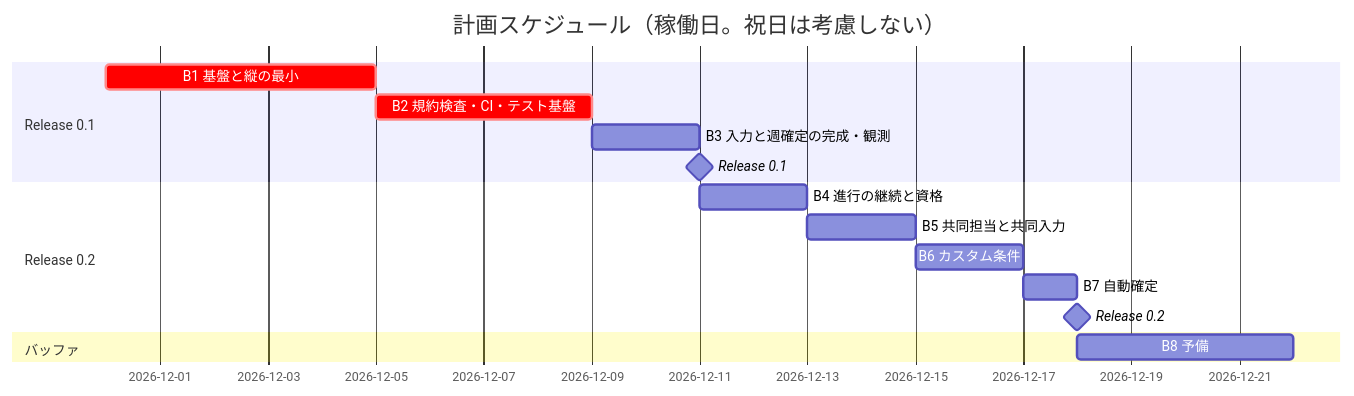
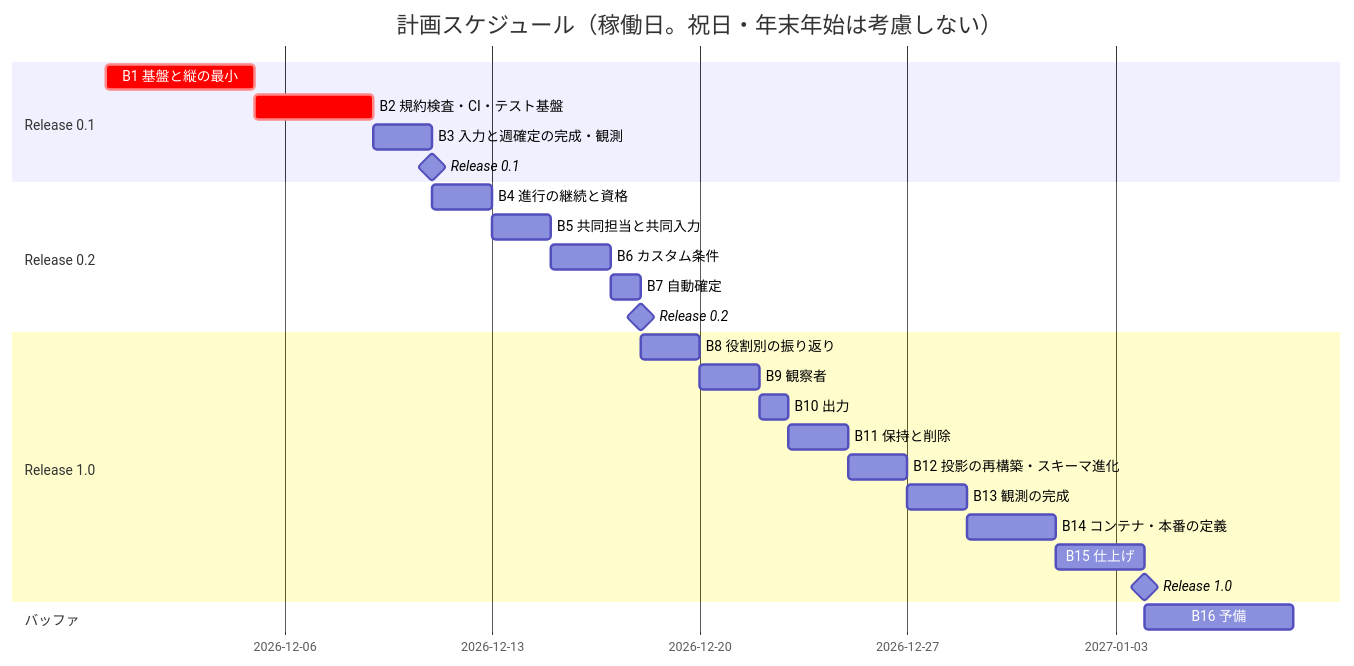
Before and after one commit to k2works/case-study-beer-game-simulation: the diagram in docs/development/beer-game-scala/release_plan.md, drawn with Mermaid. The commit also changed other lines of this file and 4 other files, not shown here.

````diff
--- a/docs/development/beer-game-scala/release_plan.md
+++ b/docs/development/beer-game-scala/release_plan.md
@@ -149,18 +170,28 @@
 ```mermaid
 gantt
-    title 計画スケジュール（稼働日。祝日は考慮しない）
+    title 計画スケジュール（稼働日。祝日・年末年始は考慮しない）
     dateFormat  YYYY-MM-DD
     section Release 0.1
     B1 基盤と縦の最小           :crit, b1, 2026-11-30, 5d
     B2 規約検査・CI・テスト基盤  :crit, b2, after b1, 4d
     B3 入力と週確定の完成・観測  :b3, after b2, 2d
     Release 0.1                :milestone, m1, after b3, 0d
     section Release 0.2
     B4 進行の継続と資格         :b4, after b3, 2d
     B5 共同担当と共同入力       :b5, after b4, 2d
     B6 カスタム条件             :b6, after b5, 2d
     B7 自動確定                 :b7, after b6, 1d
     Release 0.2                :milestone, m2, after b7, 0d
+    section Release 1.0
+    B8 役割別の振り返り         :b8, after b7, 2d
+    B9 観察者                   :b9, after b8, 2d
+    B10 出力                    :b10, after b9, 1d
+    B11 保持と削除              :b11, after b10, 2d
+    B12 投影の再構築・スキーマ進化 :b12, after b11, 2d
+    B13 観測の完成              :b13, after b12, 2d
+    B14 コンテナ・本番の定義    :b14, after b13, 3d
+    B15 仕上げ                  :b15, after b14, 3d
+    Release 1.0                :milestone, m3, after b15, 0d
     section バッファ
-    B8 予備                     :b8, after b7, 4d
+    B16 予備                    :b16, after b15, 5d
 ```
````
